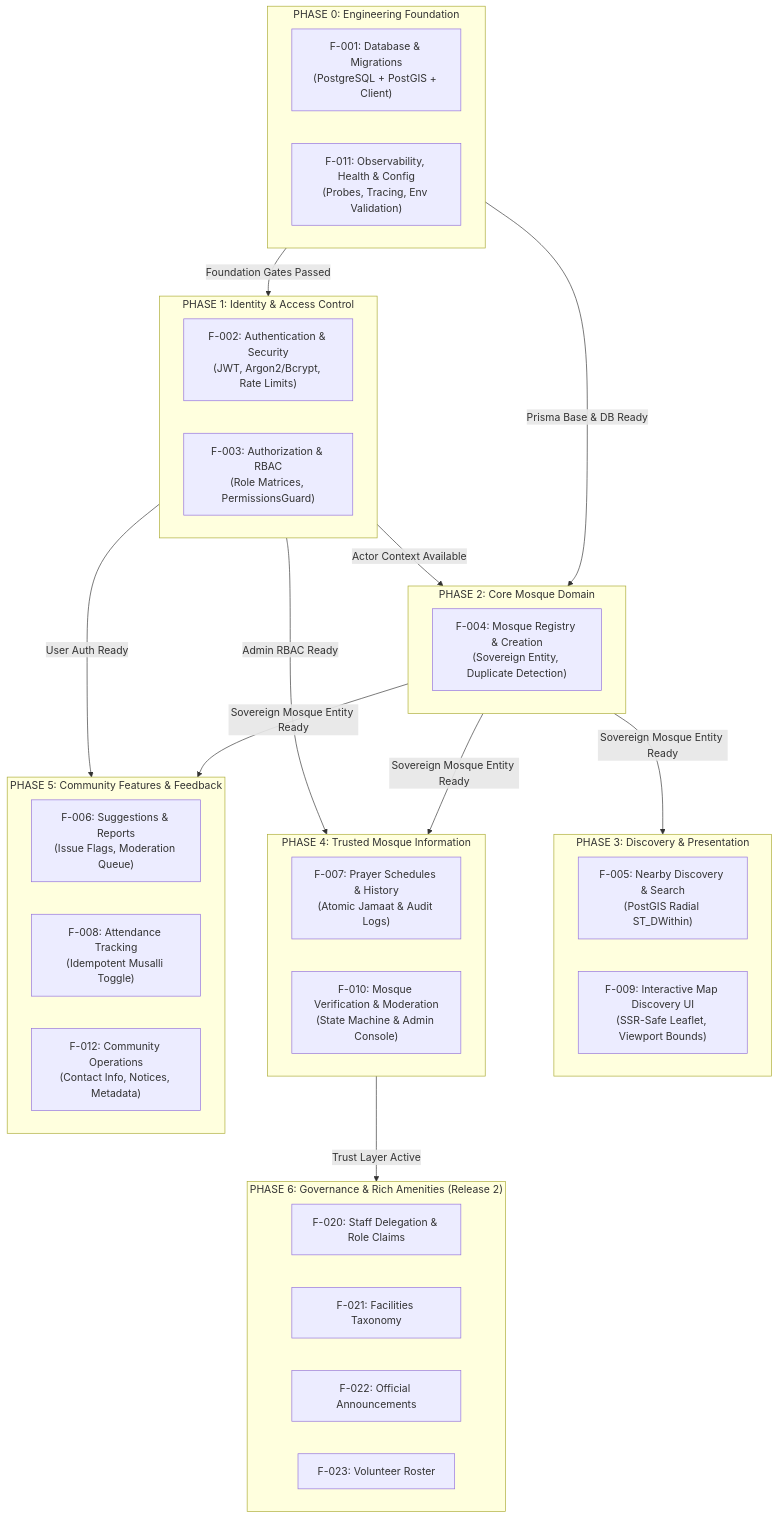
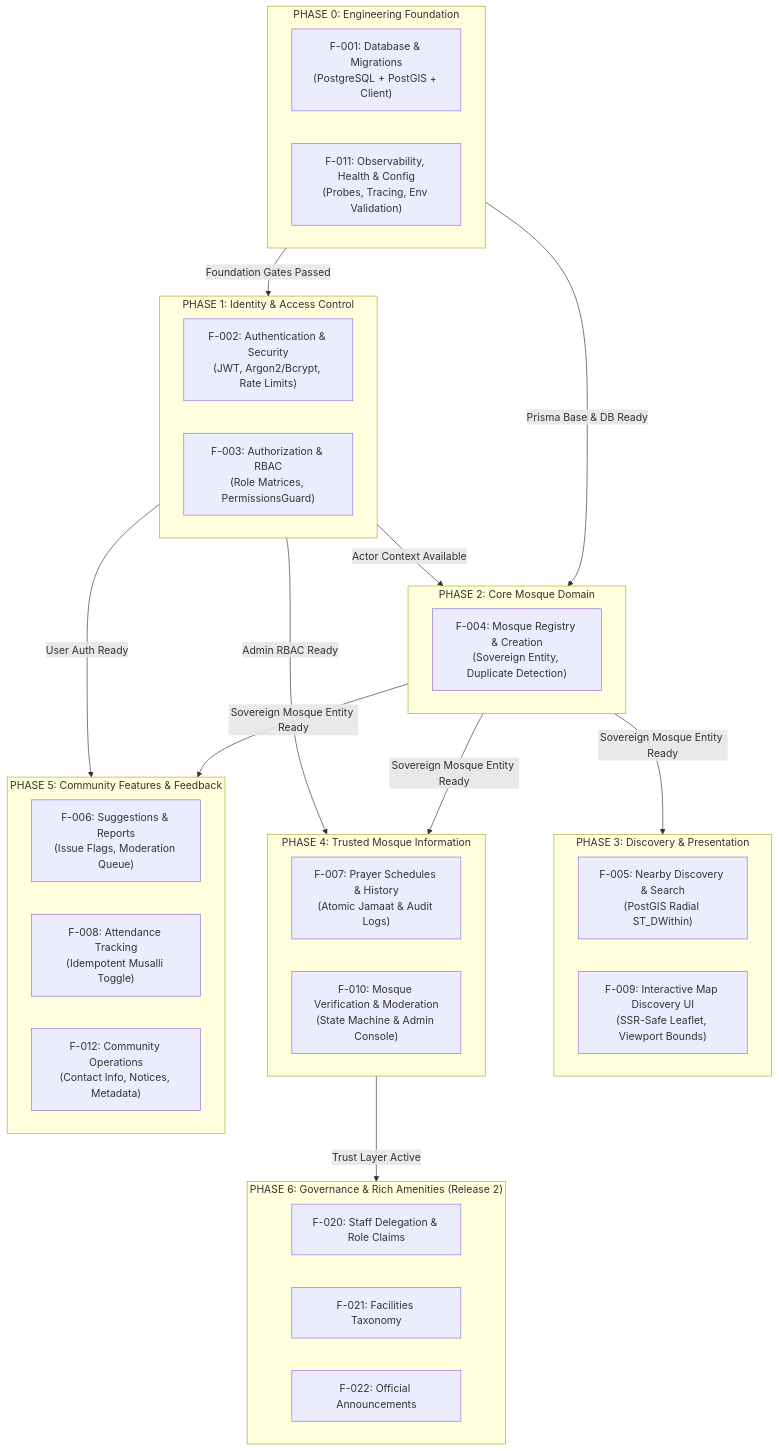
One commit to MohammadSheakh/bd-masjid changed the diagram in _doc/mosque-platform-production-docs/IMPLEMENTATION-SEQUENCE.md. Above: the diagram before and after it, drawn with Mermaid. The commit also changed other lines of this file and 9 other files, not shown here.

First line of the commit message:
docs(roadmap): explicitly defer volunteer roster, multi-jamaat, and ramadan schedules

````diff
--- a/_doc/mosque-platform-production-docs/IMPLEMENTATION-SEQUENCE.md
+++ b/_doc/mosque-platform-production-docs/IMPLEMENTATION-SEQUENCE.md
@@ -16,49 +16,49 @@
 ```mermaid
 flowchart TD
     subgraph P0["PHASE 0: Engineering Foundation"]
         F001["F-001: Database & Migrations<br/>(PostgreSQL + PostGIS + Client)"]
         F011["F-011: Observability, Health & Config<br/>(Probes, Tracing, Env Validation)"]
     end
 
     subgraph P1["PHASE 1: Identity & Access Control"]
         F002["F-002: Authentication & Security<br/>(JWT, Argon2/Bcrypt, Rate Limits)"]
         F003["F-003: Authorization & RBAC<br/>(Role Matrices, PermissionsGuard)"]
     end
 
     subgraph P2["PHASE 2: Core Mosque Domain"]
         F004["F-004: Mosque Registry & Creation<br/>(Sovereign Entity, Duplicate Detection)"]
     end
 
     subgraph P3["PHASE 3: Discovery & Presentation"]
         F005["F-005: Nearby Discovery & Search<br/>(PostGIS Radial ST_DWithin)"]
         F009["F-009: Interactive Map Discovery UI<br/>(SSR-Safe Leaflet, Viewport Bounds)"]
     end
 
     subgraph P4["PHASE 4: Trusted Mosque Information"]
         F007["F-007: Prayer Schedules & History<br/>(Atomic Jamaat & Audit Logs)"]
         F010["F-010: Mosque Verification & Moderation<br/>(State Machine & Admin Console)"]
     end
 
     subgraph P5["PHASE 5: Community Features & Feedback"]
         F006["F-006: Suggestions & Reports<br/>(Issue Flags, Moderation Queue)"]
         F008["F-008: Attendance Tracking<br/>(Idempotent Musalli Toggle)"]
         F012["F-012: Community Operations<br/>(Contact Info, Notices, Metadata)"]
     end
 
     subgraph P6["PHASE 6: Governance & Rich Amenities (Release 2)"]
         F020["F-020: Staff Delegation & Role Claims"]
         F021["F-021: Facilities Taxonomy"]
         F022["F-022: Official Announcements"]
-        F023["F-023: Volunteer Roster"]
+        %% F023 Volunteer Roster is DEFERRED / OUT OF SCOPE
     end
 
     P0 -->|Foundation Gates Passed| P1
     P0 -->|Prisma Base & DB Ready| P2
     P1 -->|Actor Context Available| P2
     P2 -->|Sovereign Mosque Entity Ready| P3
     P2 -->|Sovereign Mosque Entity Ready| P4
     P1 -->|Admin RBAC Ready| P4
     P2 -->|Sovereign Mosque Entity Ready| P5
     P1 -->|User Auth Ready| P5
     P4 -->|Trust Layer Active| P6
 ```
````
